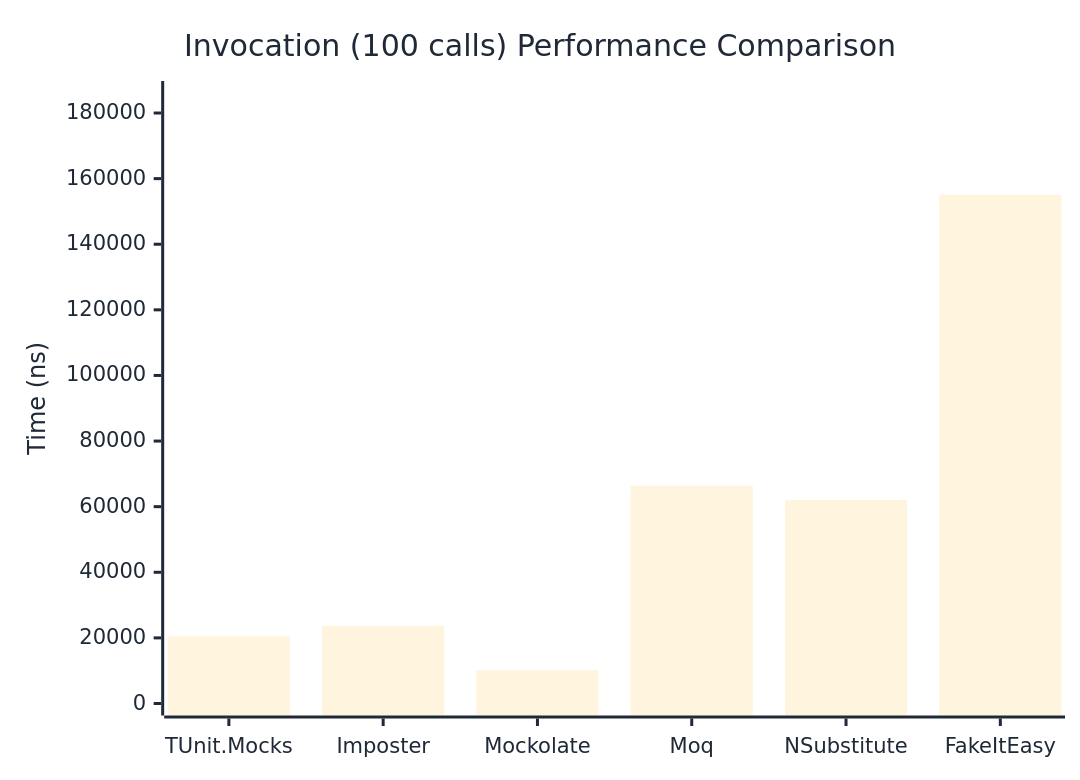
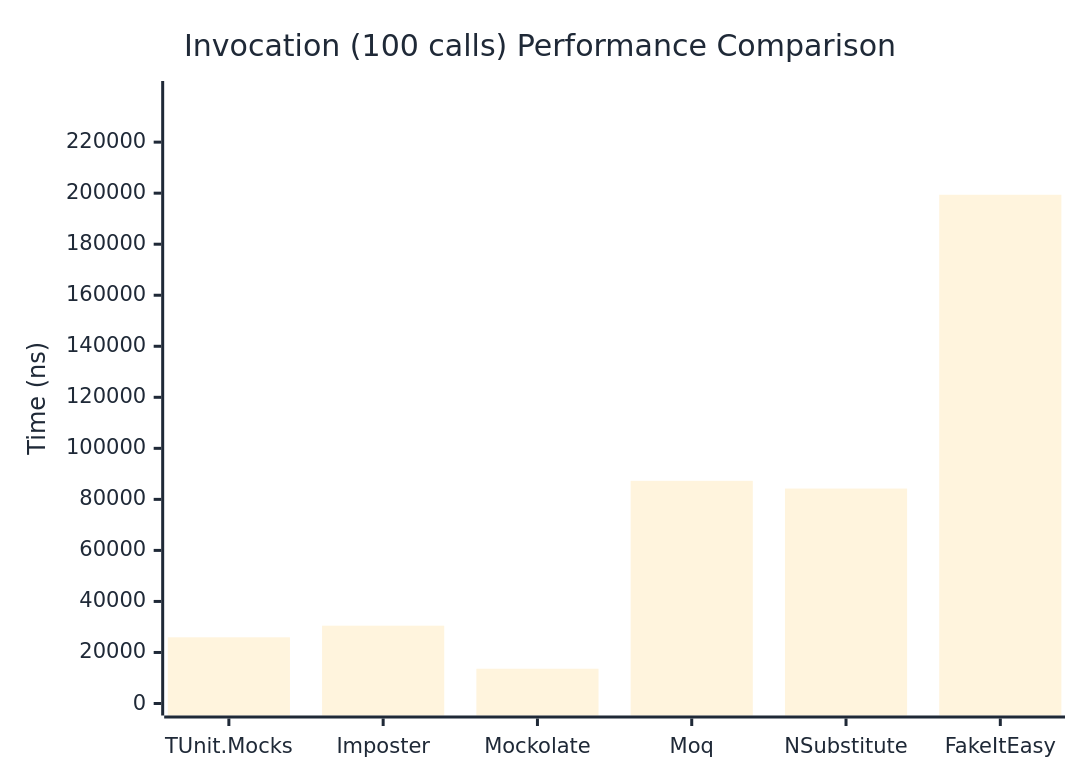
The third of 3 diagrams in docs/docs/benchmarks/mocks/Invocation.md (thomhurst/TUnit), drawn with Mermaid before and after one commit. The commit also changed other lines of this file and 14 other files, not shown here.

````diff
--- a/docs/docs/benchmarks/mocks/Invocation.md
+++ b/docs/docs/benchmarks/mocks/Invocation.md
@@ -110,27 +110,27 @@
 ```mermaid
 %%{init: {
   'theme':'base',
   'themeVariables': {
     'primaryColor': '#2563eb',
     'primaryTextColor': '#1f2937',
     'primaryBorderColor': '#1e40af',
     'lineColor': '#6b7280',
     'secondaryColor': '#7c3aed',
     'tertiaryColor': '#dc2626',
     'background': '#ffffff',
     'pie1': '#2563eb',
     'pie2': '#7c3aed',
     'pie3': '#dc2626',
     'pie4': '#f59e0b',
     'pie5': '#10b981',
     'pie6': '#06b6d4',
     'pie7': '#ec4899',
     'pie8': '#6366f1'
   }
 }}%%
 xychart-beta
   title "Invocation (100 calls) Performance Comparison"
   x-axis ["TUnit.Mocks", "Imposter", "Mockolate", "Moq", "NSubstitute", "FakeItEasy"]
-  y-axis "Time (ns)" 0 --> 186101
-  bar [20457.73, 23676.4, 10106.63, 66385.12, 62071.84, 155083.57]
+  y-axis "Time (ns)" 0 --> 239258
+  bar [25942.7, 30496.3, 13621.2, 87274.9, 84231.1, 199380.9]
 ```
````
